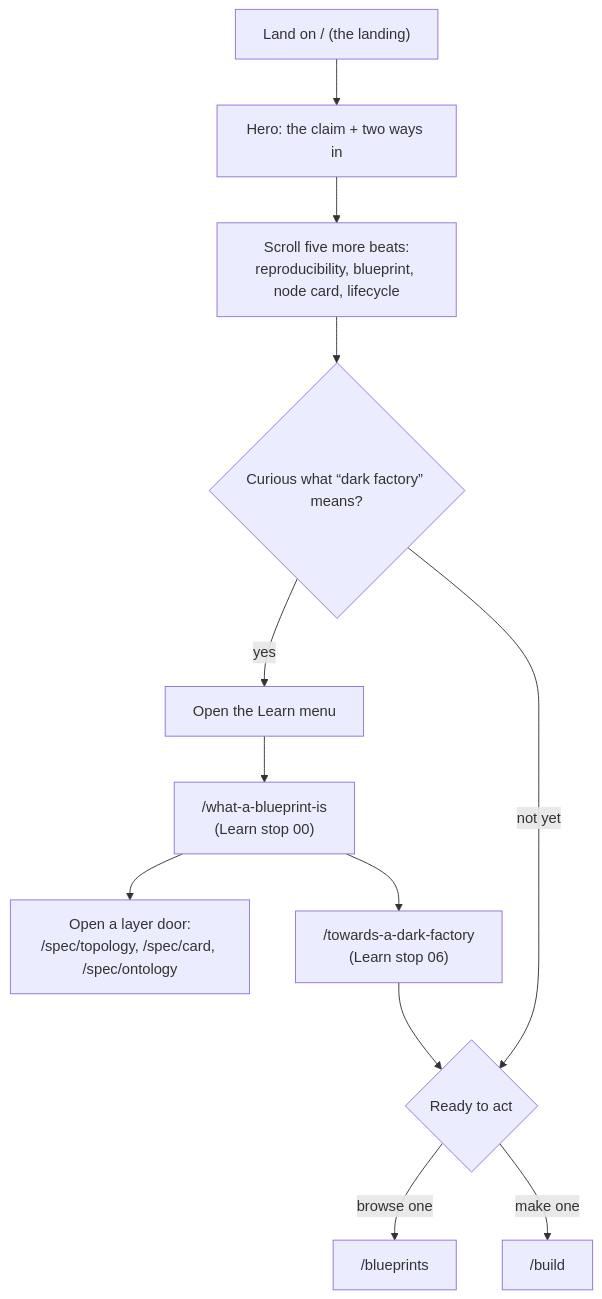
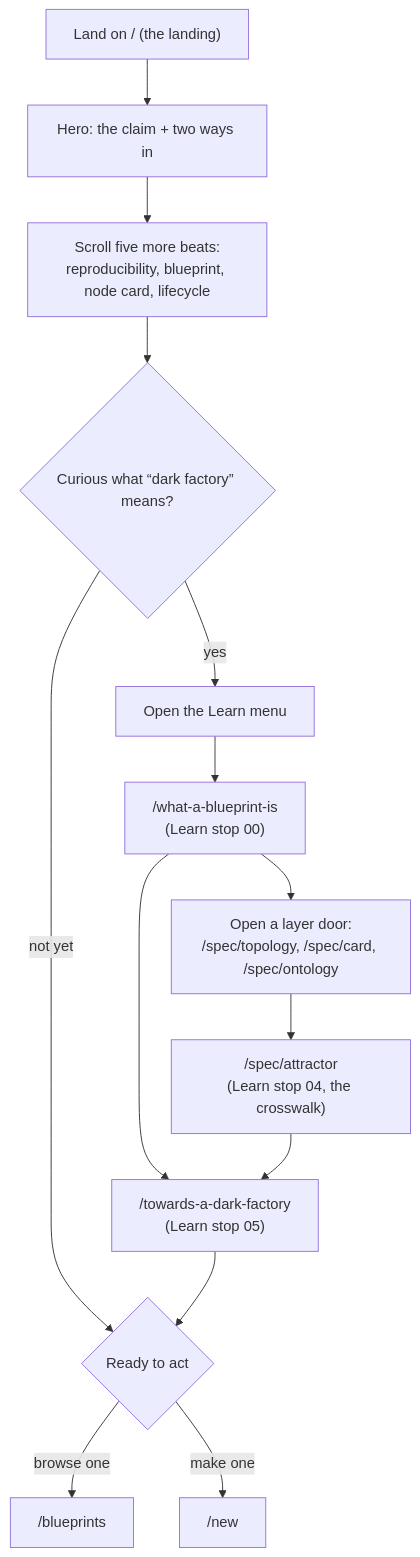
Before and after one commit to darkprint/darkprint: the first of 14 diagrams in docs/architecture/journeys.md, drawn with Mermaid. The commit also changed other lines of this file and 515 other files, not shown here.

````diff
--- a/docs/architecture/journeys.md
+++ b/docs/architecture/journeys.md
@@ -20,22 +20,24 @@
 ```mermaid
 flowchart TD
   visit["Land on / (the landing)"]
   hero["Hero: the claim + two ways in"]
   beats["Scroll five more beats:\nreproducibility, blueprint, node card, lifecycle"]
   curious{"Curious what “dark factory” means?"}
   learnMenu["Open the Learn menu"]
   whatIs["/what-a-blueprint-is\n(Learn stop 00)"]
   layers["Open a layer door:\n/spec/topology, /spec/card, /spec/ontology"]
-  darkFactory["/towards-a-dark-factory\n(Learn stop 06)"]
+  crosswalk["/spec/attractor\n(Learn stop 04, the crosswalk)"]
+  darkFactory["/towards-a-dark-factory\n(Learn stop 05)"]
   doors{"Ready to act"}
   findOne["/blueprints"]
-  buildOne["/build"]
+  makeOne["/new"]
 
   visit --> hero --> beats --> curious
-  curious -->|yes| learnMenu --> whatIs --> layers
+  curious -->|yes| learnMenu --> whatIs --> layers --> crosswalk
   whatIs --> darkFactory
   curious -->|not yet| doors
+  crosswalk --> darkFactory
   darkFactory --> doors
   doors -->|"browse one"| findOne
-  doors -->|"make one"| buildOne
+  doors -->|"make one"| makeOne
 ```
````
